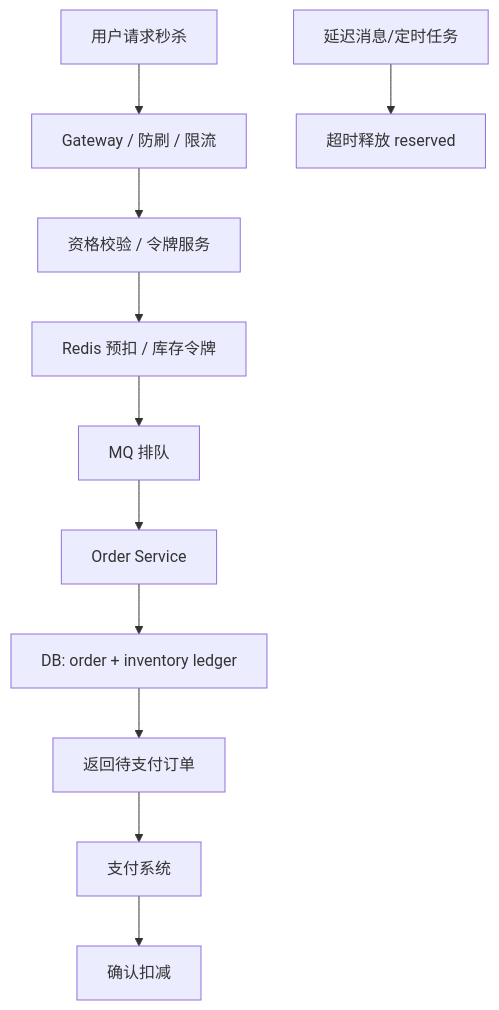
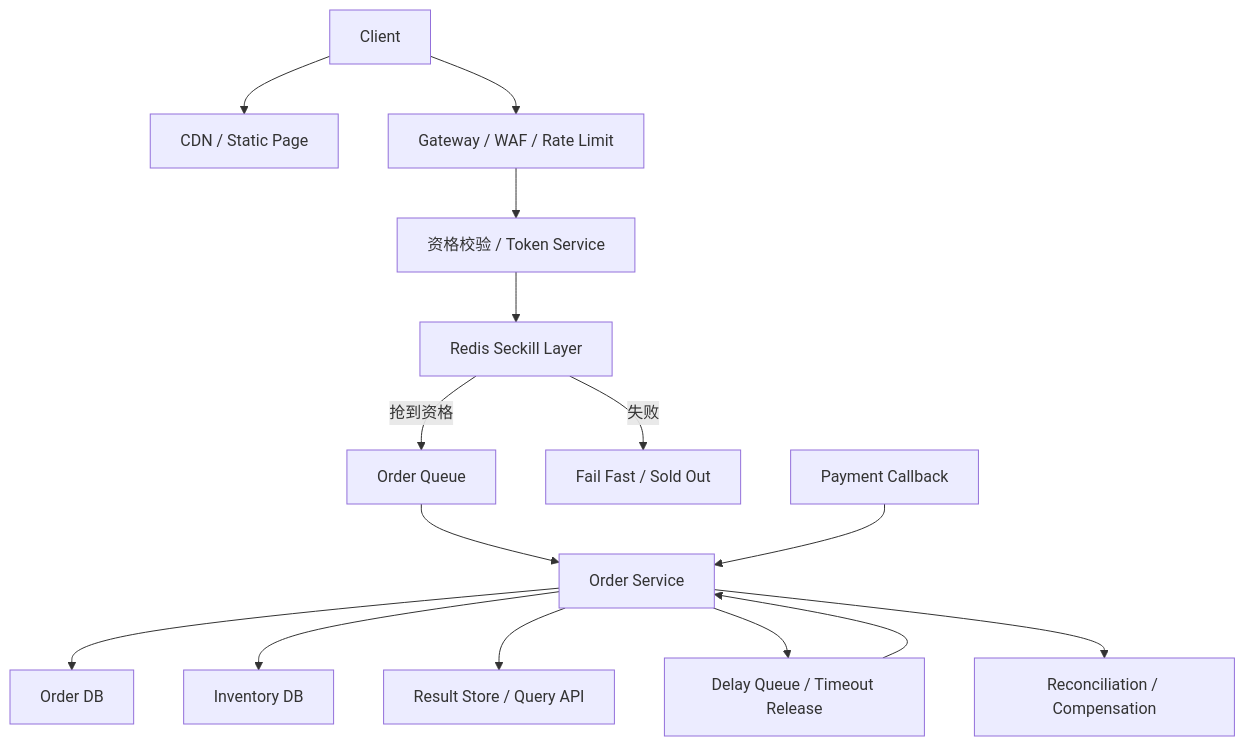
The diagram in 系统设计/17_秒杀与库存系统真题模拟.md (qxq1997/learning_stuff), drawn with Mermaid before and after one commit. The commit also changed other lines of this file and 11 other files, not shown here.

````diff
--- a/系统设计/17_秒杀与库存系统真题模拟.md
+++ b/系统设计/17_秒杀与库存系统真题模拟.md
@@ -108,13 +799,17 @@
 ```mermaid
 flowchart TD
-    A["用户请求秒杀"] --> B["Gateway / 防刷 / 限流"]
-    B --> C["资格校验 / 令牌服务"]
-    C --> D["Redis 预扣 / 库存令牌"]
-    D --> E["MQ 排队"]
-    E --> F["Order Service"]
-    F --> G["DB: order + inventory ledger"]
-    G --> H["返回待支付订单"]
-    H --> I["支付系统"]
-    I --> J["确认扣减"]
-    K["延迟消息/定时任务"] --> L["超时释放 reserved"]
+    A["Client"] --> B["CDN / Static Page"]
+    A --> C["Gateway / WAF / Rate Limit"]
+    C --> D["资格校验 / Token Service"]
+    D --> E["Redis Seckill Layer"]
+    E -->|抢到资格| F["Order Queue"]
+    E -->|失败| G["Fail Fast / Sold Out"]
+    F --> H["Order Service"]
+    H --> I["Order DB"]
+    H --> J["Inventory DB"]
+    H --> K["Result Store / Query API"]
+    H --> L["Delay Queue / Timeout Release"]
+    M["Payment Callback"] --> H
+    L --> H
+    H --> N["Reconciliation / Compensation"]
 ```
````
